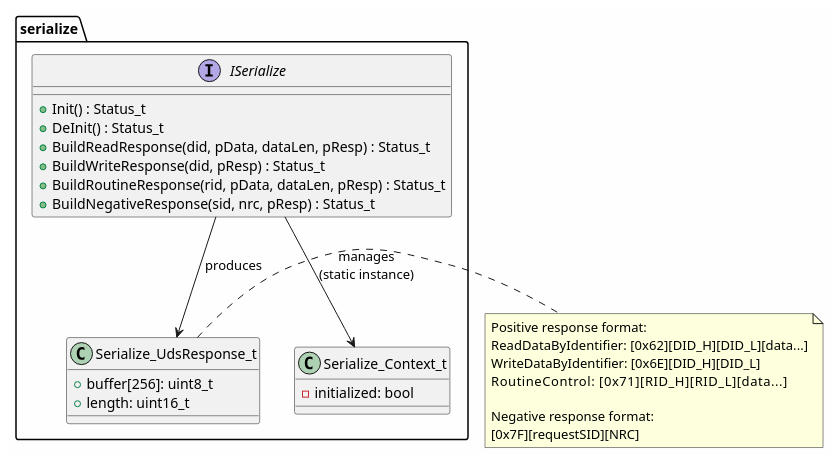
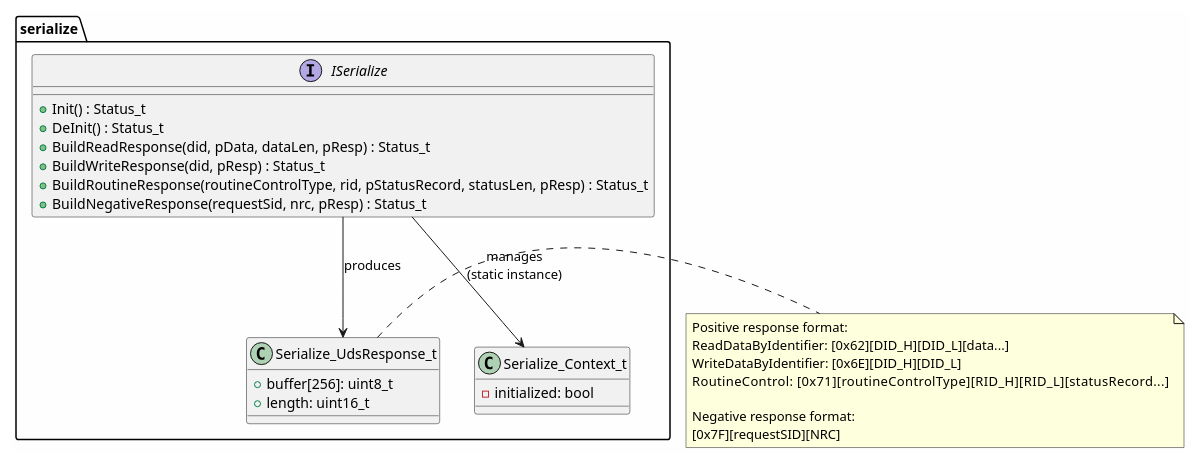
Before and after one commit to LinhTrucVo/Bico_Protocol_Bridge: the diagram in 3_swComp/layer2Service/serialize/2_design/serializeStaticStructure.puml, drawn with PlantUML. The commit also changed 18 other files, not shown here.

```diff
--- a/3_swComp/layer2Service/serialize/2_design/serializeStaticStructure.puml
+++ b/3_swComp/layer2Service/serialize/2_design/serializeStaticStructure.puml
@@ -1,36 +1,36 @@
 @startuml serializeStaticStructure
 skinparam backgroundColor #FEFEFE
 
 package "serialize" {
     interface ISerialize {
         + Init() : Status_t
         + DeInit() : Status_t
         + BuildReadResponse(did, pData, dataLen, pResp) : Status_t
         + BuildWriteResponse(did, pResp) : Status_t
-        + BuildRoutineResponse(rid, pData, dataLen, pResp) : Status_t
-        + BuildNegativeResponse(sid, nrc, pResp) : Status_t
+        + BuildRoutineResponse(routineControlType, rid, pStatusRecord, statusLen, pResp) : Status_t
+        + BuildNegativeResponse(requestSid, nrc, pResp) : Status_t
     }
 
     class Serialize_Context_t {
         - initialized: bool
     }
 
     class Serialize_UdsResponse_t {
         + buffer[256]: uint8_t
         + length: uint16_t
     }
 
     ISerialize --> Serialize_Context_t : manages\n(static instance)
     ISerialize --> Serialize_UdsResponse_t : produces
 }
 
 note right of Serialize_UdsResponse_t
     Positive response format:
     ReadDataByIdentifier:  [0x62][DID_H][DID_L][data...]
     WriteDataByIdentifier: [0x6E][DID_H][DID_L]
-    RoutineControl:        [0x71][RID_H][RID_L][data...]
+    RoutineControl:        [0x71][routineControlType][RID_H][RID_L][statusRecord...]
 
     Negative response format:
     [0x7F][requestSID][NRC]
 end note
 @enduml
```
